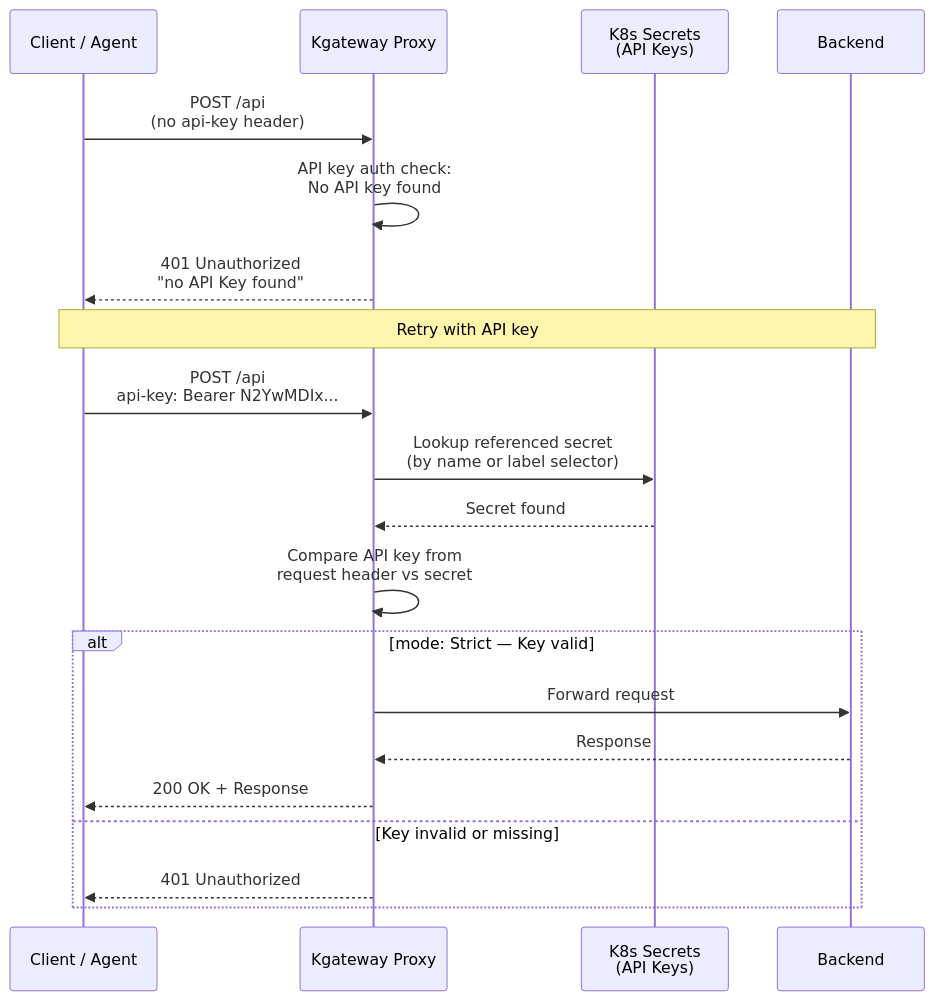
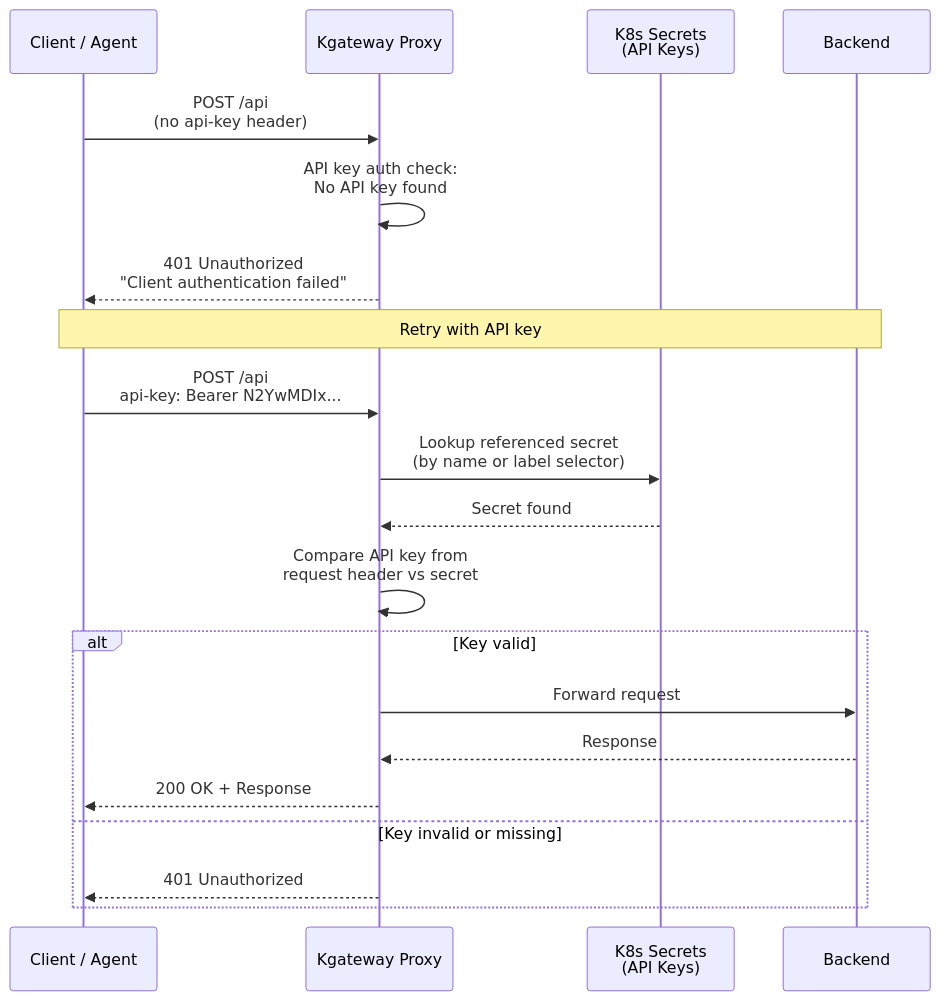
Before and after one commit to kgateway-dev/kgateway.dev: the diagram in assets/kgw-docs/pages/security/apikey-auth.md, drawn with Mermaid. The commit also changed other lines of this file and 174 other files, not shown here.

````diff
--- a/assets/kgw-docs/pages/security/apikey-auth.md
+++ b/assets/kgw-docs/pages/security/apikey-auth.md
@@ -19,30 +19,30 @@
 ```mermaid
 sequenceDiagram
     participant C as Client / Agent
     participant AGW as Kgateway Proxy
     participant K8s as K8s Secrets<br/>(API Keys)
     participant Backend as Backend
 
     C->>AGW: POST /api<br/>(no api-key header)
 
     AGW->>AGW: API key auth check:<br/>No API key found
 
-    AGW-->>C: 401 Unauthorized<br/>"no API Key found"
+    AGW-->>C: 401 Unauthorized<br/>"Client authentication failed"
 
     Note over C,Backend: Retry with API key
 
     C->>AGW: POST /api<br/>api-key: Bearer N2YwMDIx...
 
     AGW->>K8s: Lookup referenced secret<br/>(by name or label selector)
     K8s-->>AGW: Secret found
 
     AGW->>AGW: Compare API key from<br/>request header vs secret
 
-    alt mode: Strict — Key valid
+    alt Key valid
         AGW->>Backend: Forward request
         Backend-->>AGW: Response
         AGW-->>C: 200 OK + Response
     else Key invalid or missing
         AGW-->>C: 401 Unauthorized
     end
 ```
````
